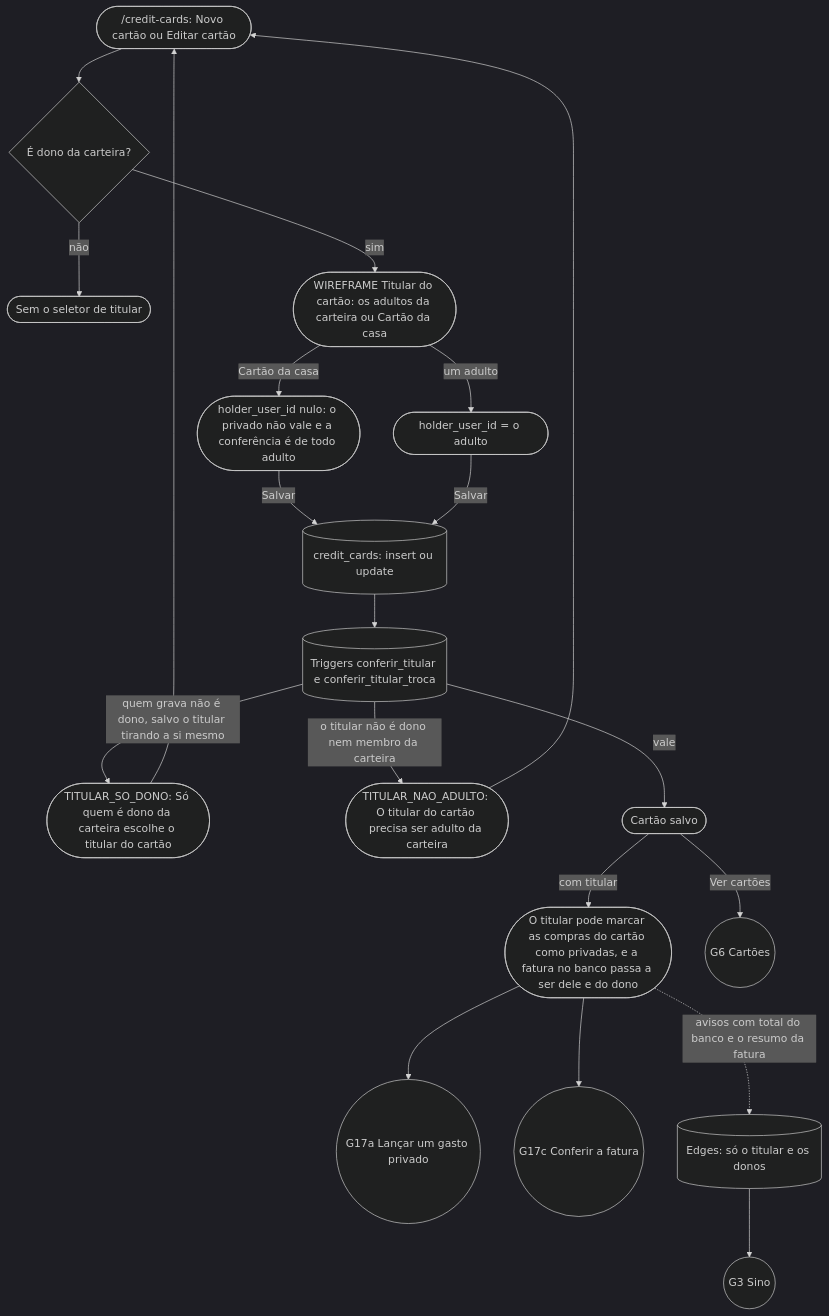
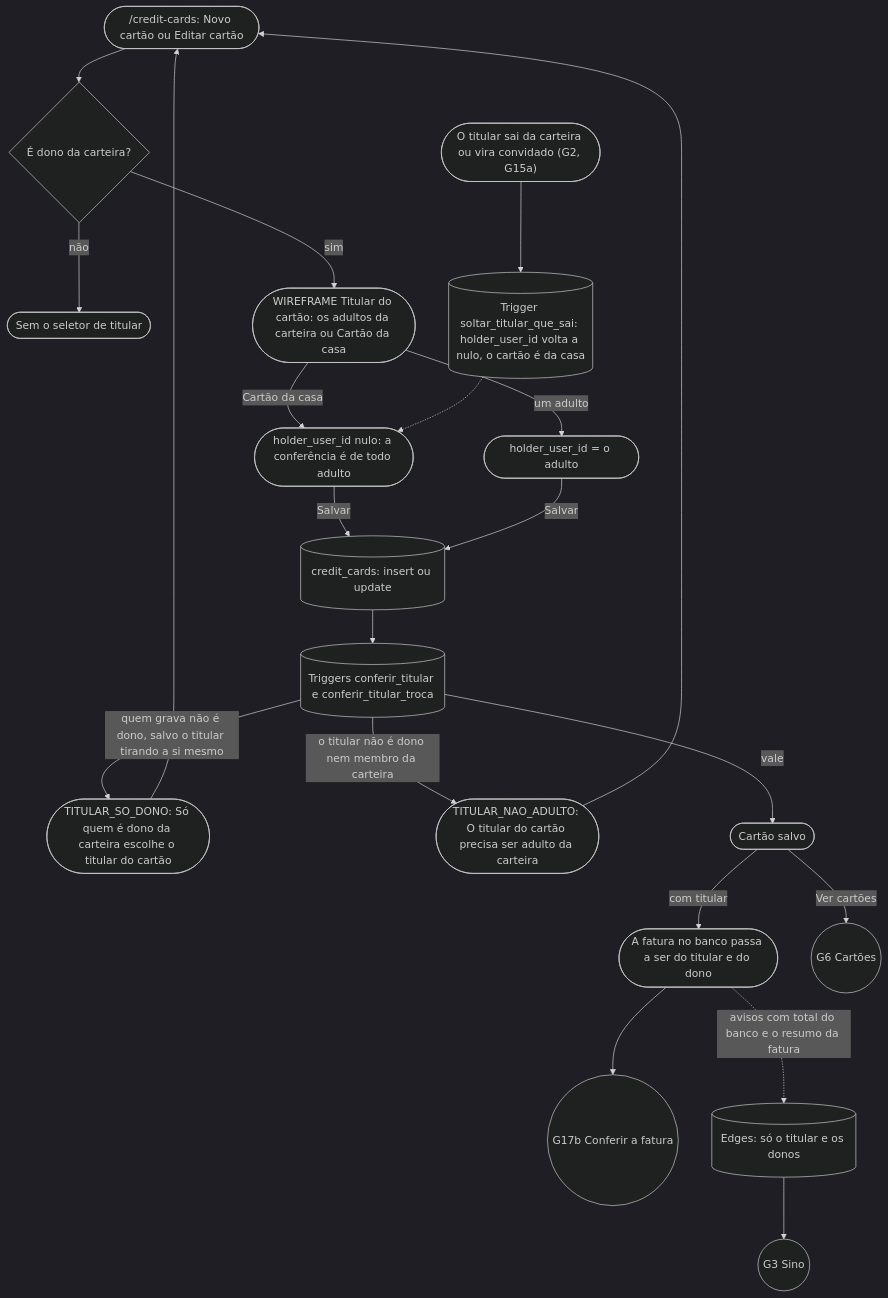
Before and after one commit to kauax2000/finance_app: diagram 24 of 29 in docs/JORNADAS.md, drawn with Mermaid. The commit also changed other lines of this file and 8 other files, not shown here.

````diff
--- a/docs/JORNADAS.md
+++ b/docs/JORNADAS.md
@@ -1781,23 +1732,24 @@
 ```mermaid
 %%{init: {"theme": "dark"}}%%
 flowchart TD
     cartao(["/credit-cards: Novo cartão ou Editar cartão"]) --> dono{"É dono da carteira?"}
     dono -->|"não"| semSeletor(["Sem o seletor de titular"])
     dono -->|"sim"| seletor(["WIREFRAME Titular do cartão: os adultos da carteira ou Cartão da casa"])
-    seletor -->|"Cartão da casa"| casa(["holder_user_id nulo: o privado não vale e a conferência é de todo adulto"])
+    seletor -->|"Cartão da casa"| casa(["holder_user_id nulo: a conferência é de todo adulto"])
     seletor -->|"um adulto"| titular(["holder_user_id = o adulto"])
     casa -->|"Salvar"| grava[("credit_cards: insert ou update")]
     titular -->|"Salvar"| grava
     grava --> gat[("Triggers conferir_titular e conferir_titular_troca")]
     gat -->|"quem grava não é dono, salvo o titular tirando a si mesmo"| erroDono(["TITULAR_SO_DONO: Só quem é dono da carteira escolhe o titular do cartão"])
     gat -->|"o titular não é dono nem membro da carteira"| erroAdulto(["TITULAR_NAO_ADULTO: O titular do cartão precisa ser adulto da carteira"])
     gat -->|"vale"| salvo(["Cartão salvo"])
     erroDono --> cartao
     erroAdulto --> cartao
-    salvo -->|"com titular"| efeitos(["O titular pode marcar as compras do cartão como privadas, e a fatura no banco passa a ser dele e do dono"])
-    efeitos --> G17a(("G17a Lançar um gasto privado"))
-    efeitos --> G17c(("G17c Conferir a fatura"))
+    salvo -->|"com titular"| efeitos(["A fatura no banco passa a ser do titular e do dono"])
+    efeitos --> G17b(("G17b Conferir a fatura"))
     efeitos -.->|"avisos com total do banco e o resumo da fatura"| avisos[("Edges: só o titular e os donos")]
     avisos --> G3(("G3 Sino"))
     salvo -->|"Ver cartões"| G6(("G6 Cartões"))
+    saida(["O titular sai da carteira ou vira convidado (G2, G15a)"]) --> solta[("Trigger soltar_titular_que_sai: holder_user_id volta a nulo, o cartão é da casa")]
+    solta -.-> casa
 ```
````
